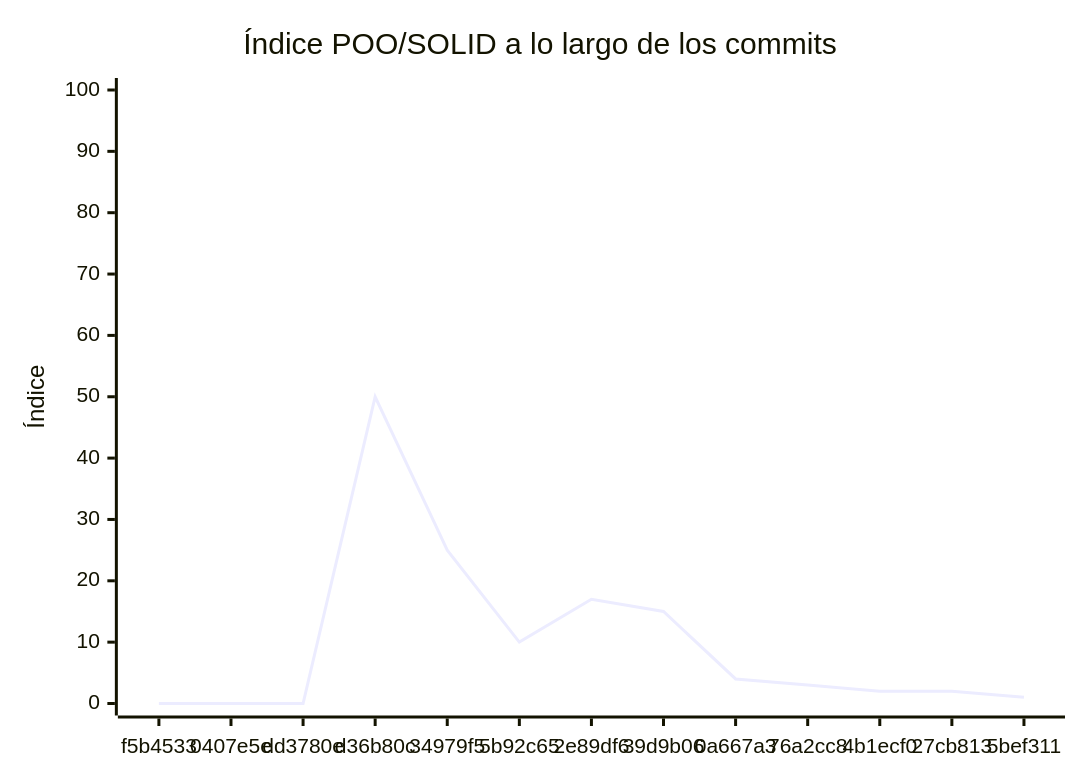
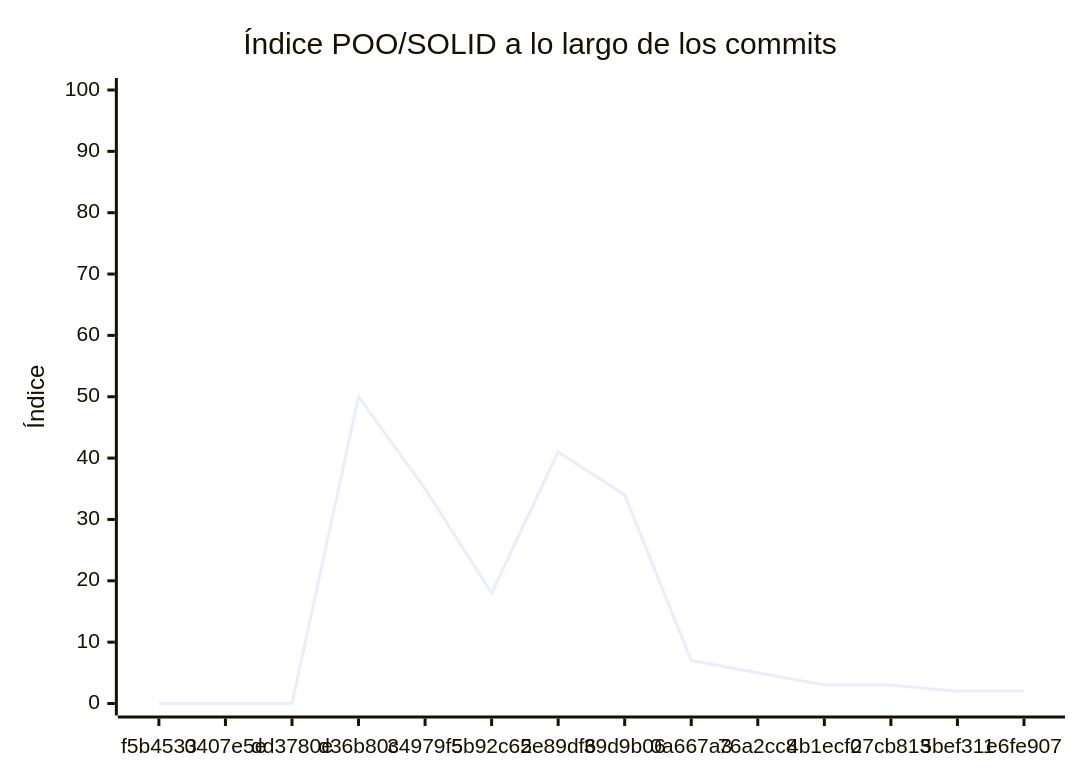
Before and after one commit to salamin-noceti/proyecto-fisica--Tiro-Oblicuo: the diagram in docs/EVALUACION.md, drawn with Mermaid. The commit also changed other lines of this file and 1 other file, not shown here.

````diff
--- a/docs/EVALUACION.md
+++ b/docs/EVALUACION.md
@@ -443,7 +411,7 @@
 ```mermaid
 xychart-beta
     title "Índice POO/SOLID a lo largo de los commits"
-    x-axis ["f5b4533", "0407e5e", "dd3780e", "d36b80c", "34979f5", "5b92c65", "2e89df6", "39d9b06", "0a667a3", "76a2cc8", "4b1ecf0", "27cb813", "5bef311"]
+    x-axis ["f5b4533", "0407e5e", "dd3780e", "d36b80c", "34979f5", "5b92c65", "2e89df6", "39d9b06", "0a667a3", "76a2cc8", "4b1ecf0", "27cb813", "5bef311", "e6fe907"]
     y-axis "Índice" 0 --> 100
-    line [0, 0, 0, 50, 25, 10, 17, 15, 4, 3, 2, 2, 1]
+    line [0, 0, 0, 50, 35, 18, 41, 34, 7, 5, 3, 3, 2, 2]
 ```
````
